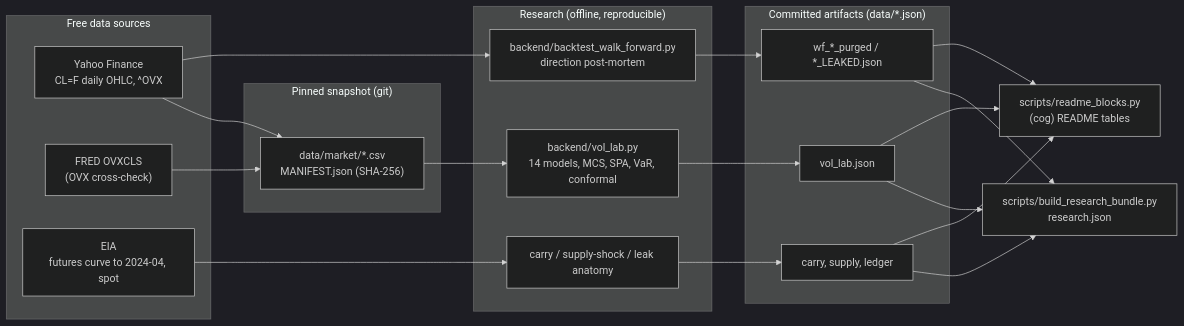
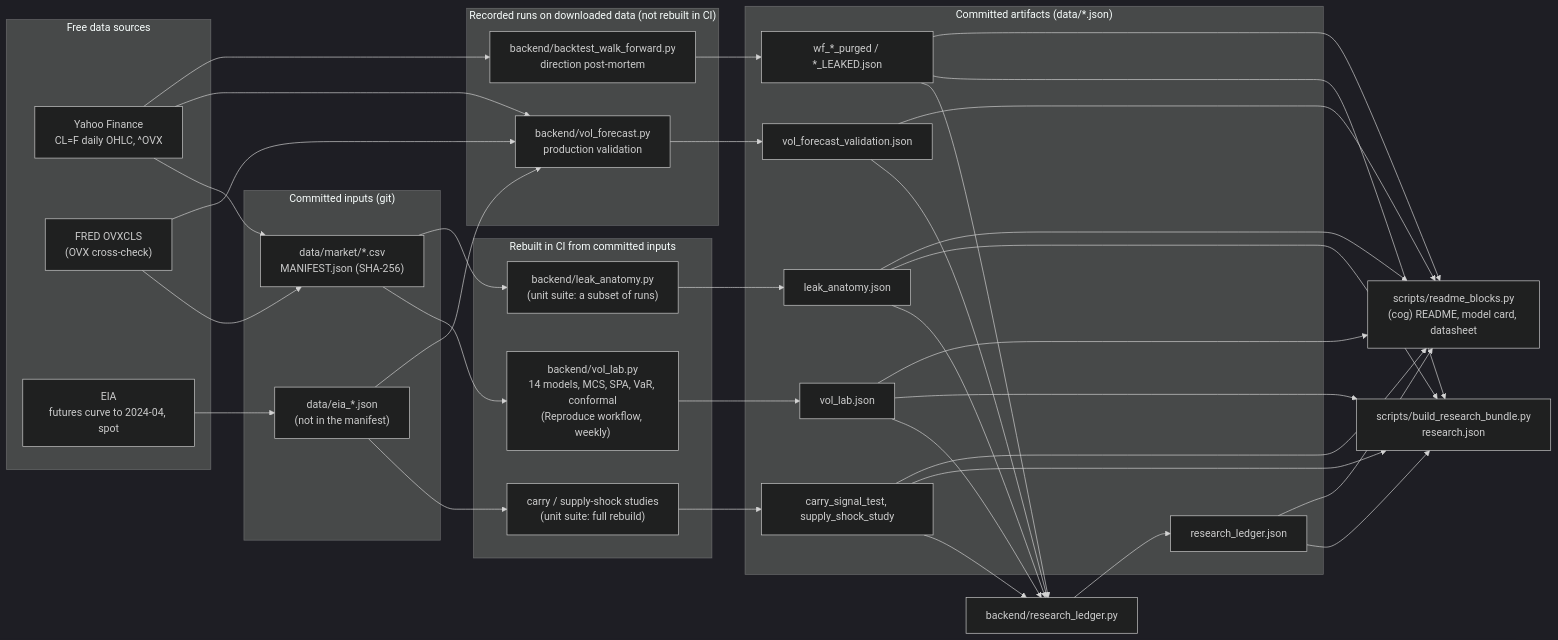
The first of 2 diagrams in docs/ARCHITECTURE.md (NavnoorBawa/WTI-Crude-Oil-Futures), drawn with Mermaid (dark theme) before and after one commit. The commit also changed other lines of this file and 14 other files, not shown here.

````diff
--- a/docs/ARCHITECTURE.md
+++ b/docs/ARCHITECTURE.md
@@ -11,28 +13,43 @@
 ```mermaid
 flowchart LR
     subgraph sources["Free data sources"]
         Y["Yahoo Finance<br/>CL=F daily OHLC, ^OVX"]
         F["FRED OVXCLS<br/>(OVX cross-check)"]
         E["EIA<br/>futures curve to 2024-04, spot"]
     end
-    subgraph pinned["Pinned snapshot (git)"]
+    subgraph pinned["Committed inputs (git)"]
         S["data/market/*.csv<br/>MANIFEST.json (SHA-256)"]
+        EC["data/eia_*.json<br/>(not in the manifest)"]
     end
-    subgraph research["Research (offline, reproducible)"]
-        L["backend/vol_lab.py<br/>14 models, MCS, SPA, VaR, conformal"]
+    subgraph offline["Rebuilt in CI from committed inputs"]
+        L["backend/vol_lab.py<br/>14 models, MCS, SPA, VaR, conformal<br/>(Reproduce workflow, weekly)"]
+        LA["backend/leak_anatomy.py<br/>(unit suite: a subset of runs)"]
+        C["carry / supply-shock studies<br/>(unit suite: full rebuild)"]
+    end
+    subgraph recorded["Recorded runs on downloaded data (not rebuilt in CI)"]
+        V["backend/vol_forecast.py<br/>production validation"]
         W["backend/backtest_walk_forward.py<br/>direction post-mortem"]
-        C["carry / supply-shock / leak anatomy"]
     end
     subgraph artifacts["Committed artifacts (data/*.json)"]
         A1["vol_lab.json"]
+        A4["leak_anatomy.json"]
+        A3["carry_signal_test, supply_shock_study"]
+        A5["vol_forecast_validation.json"]
         A2["wf_*_purged / *_LEAKED.json"]
-        A3["carry, supply, ledger"]
+        A6["research_ledger.json"]
     end
     Y --> S
     F --> S
+    E --> EC
     S --> L --> A1
+    S --> LA --> A4
+    EC --> C --> A3
+    Y --> V
+    F --> V
+    EC --> V
+    V --> A5
     Y --> W --> A2
-    E --> C --> A3
-    A1 & A2 & A3 --> B["scripts/build_research_bundle.py<br/>research.json"]
-    A1 & A2 & A3 --> R["scripts/readme_blocks.py<br/>(cog) README tables"]
+    A1 & A2 & A3 & A4 & A5 --> LG["backend/research_ledger.py"] --> A6
+    A1 & A2 & A3 & A4 & A6 --> B["scripts/build_research_bundle.py<br/>research.json"]
+    A1 & A2 & A3 & A4 & A5 & A6 --> R["scripts/readme_blocks.py<br/>(cog) README, model card, datasheet"]
 ```
````
